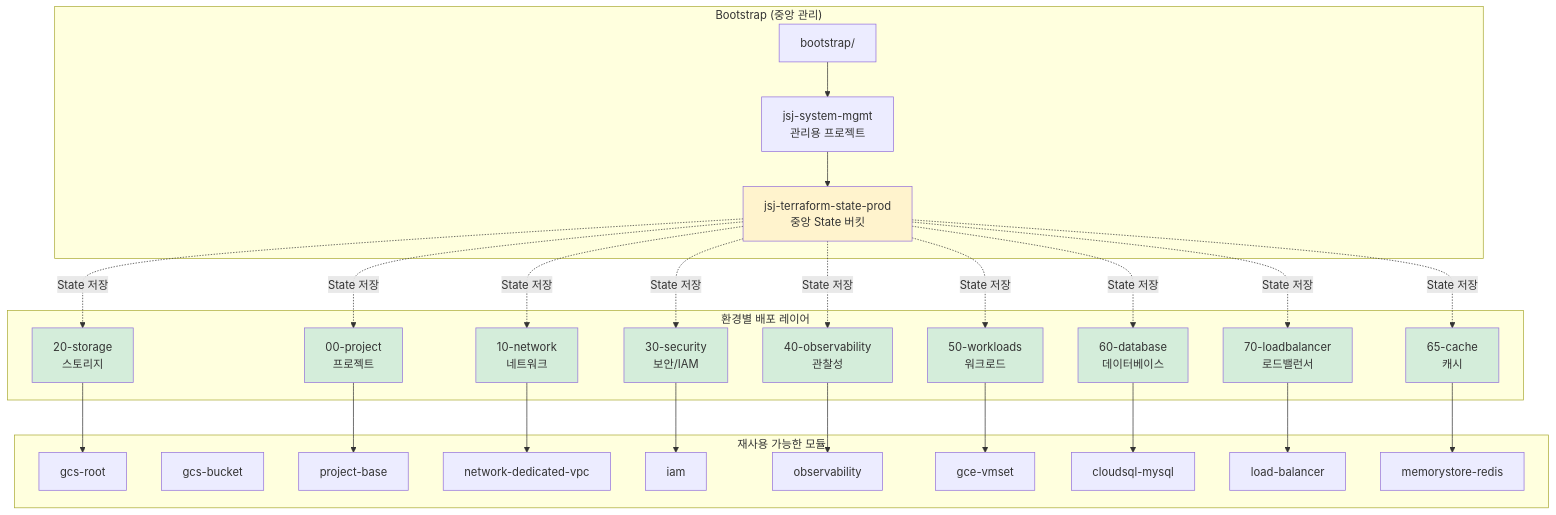
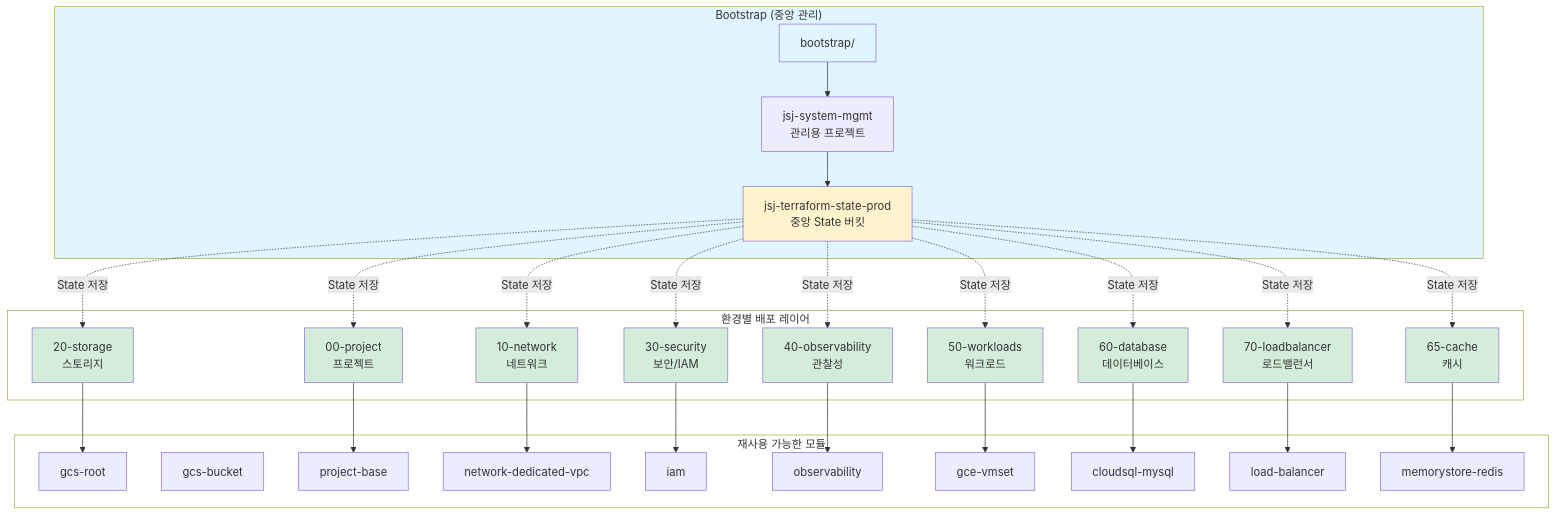
One commit to JSJ2337/GCP_terraform_code changed the first of 9 diagrams in terraform_gcp_infra/docs/architecture/diagrams.md. Above: the diagram before and after it, drawn with Mermaid. The commit also changed other lines of this file and 4 other files, not shown here.

First line of the commit message:
fix: Mermaid style 라인 분리로 텍스트 겹침 문제 해결

````diff
--- a/terraform_gcp_infra/docs/architecture/diagrams.md
+++ b/terraform_gcp_infra/docs/architecture/diagrams.md
@@ -18,68 +18,71 @@
 ```mermaid
 %%{init: {'theme': 'default'}}%%
 graph TB
     subgraph Bootstrap["Bootstrap (중앙 관리)"]
         B[bootstrap/]
         B_PROJ[jsj-system-mgmt<br/>관리용 프로젝트]
         B_BUCKET[jsj-terraform-state-prod<br/>중앙 State 버킷]
         B --> B_PROJ
         B_PROJ --> B_BUCKET
     end
 
     subgraph Modules["재사용 가능한 모듈"]
         M1[gcs-root]
         M2[gcs-bucket]
         M3[project-base]
         M4[network-dedicated-vpc]
         M5[iam]
         M6[observability]
         M7[gce-vmset]
         M8[cloudsql-mysql]
         M9[load-balancer]
         M10[memorystore-redis]
     end
 
     subgraph Layers["환경별 배포 레이어"]
         E0[00-project<br/>프로젝트]
         E1[10-network<br/>네트워크]
         E2[20-storage<br/>스토리지]
         E3[30-security<br/>보안/IAM]
         E4[40-observability<br/>관찰성]
         E5[50-workloads<br/>워크로드]
         E6[60-database<br/>데이터베이스]
         E7[65-cache<br/>캐시]
         E8[70-loadbalancer<br/>로드밸런서]
     end
 
     B_BUCKET -.State 저장.-> E0
     B_BUCKET -.State 저장.-> E1
     B_BUCKET -.State 저장.-> E2
     B_BUCKET -.State 저장.-> E3
     B_BUCKET -.State 저장.-> E4
     B_BUCKET -.State 저장.-> E5
     B_BUCKET -.State 저장.-> E6
     B_BUCKET -.State 저장.-> E7
     B_BUCKET -.State 저장.-> E8
 
     E0 --> M3
     E1 --> M4
     E2 --> M1
     E3 --> M5
     E4 --> M6
     E5 --> M7
     E6 --> M8
     E7 --> M10
     E8 --> M9
 
-    style Bootstrap fill:#e1f5ff    style Modules fill:#ffffff    style Layers fill:#ffffff    style B fill:#e1f5ff
+    style Bootstrap fill:#e1f5ff
+    style Modules fill:#ffffff
+    style Layers fill:#ffffff
+    style B fill:#e1f5ff
     style B_BUCKET fill:#fff3cd
     style E0 fill:#d4edda
     style E1 fill:#d4edda
     style E2 fill:#d4edda
     style E3 fill:#d4edda
     style E4 fill:#d4edda
     style E5 fill:#d4edda
     style E6 fill:#d4edda
     style E7 fill:#d4edda
     style E8 fill:#d4edda
 ```
````
